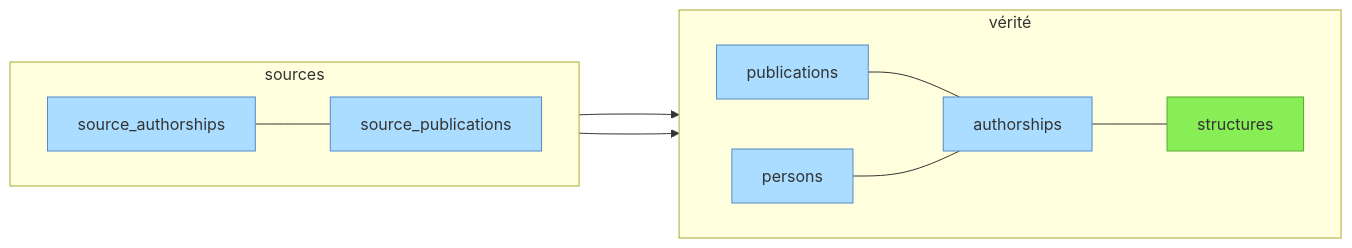
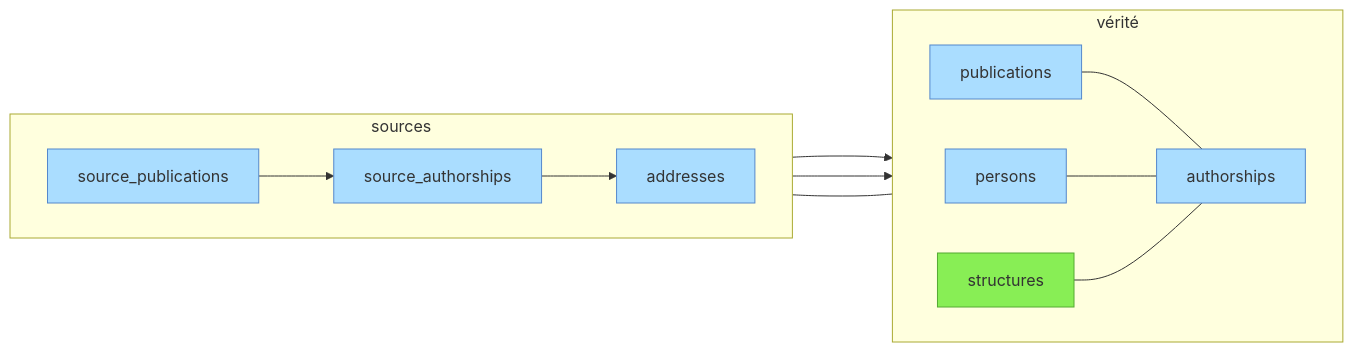
The second of 2 diagrams in docs/donnees/01-vue-d-ensemble.md (Y33sha/bibliometrie-uca), drawn with Mermaid before and after one commit. The commit also changed 8 other files, not shown here.

````diff
--- a/docs/donnees/01-vue-d-ensemble.md
+++ b/docs/donnees/01-vue-d-ensemble.md
@@ -34,20 +34,22 @@
 ```mermaid
 flowchart LR
     subgraph sources
     direction LR
-        source_authorships---source_publications
+        source_publications-->source_authorships
+        source_authorships-->addresses
     end
     subgraph vérité
         direction LR
         publications---authorships
         persons---authorships
-        authorships---structures
+        structures---authorships
     end
     source_publications--->publications
     source_authorships--->persons
+    addresses---structures
 
     classDef manuel  fill:#8e5,stroke:#5a3
     classDef auto fill:#adf,stroke:#58c
     class structures manuel;
-    class source_authorships,source_publications,publications,authorships,persons auto
+    class source_authorships,source_publications,publications,authorships,persons,addresses auto
 ```
````
